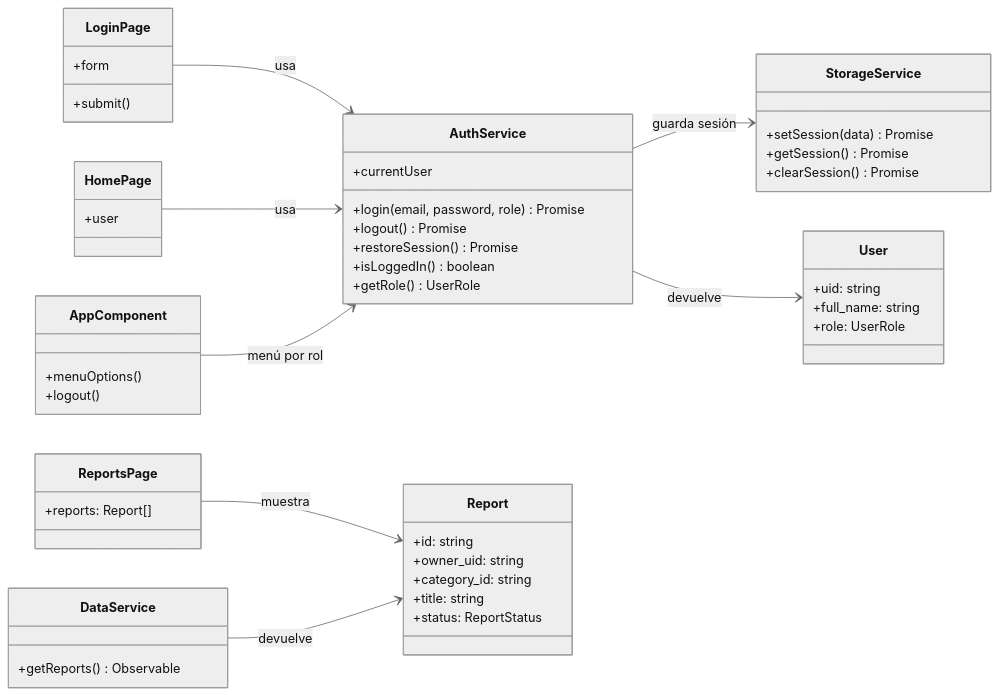
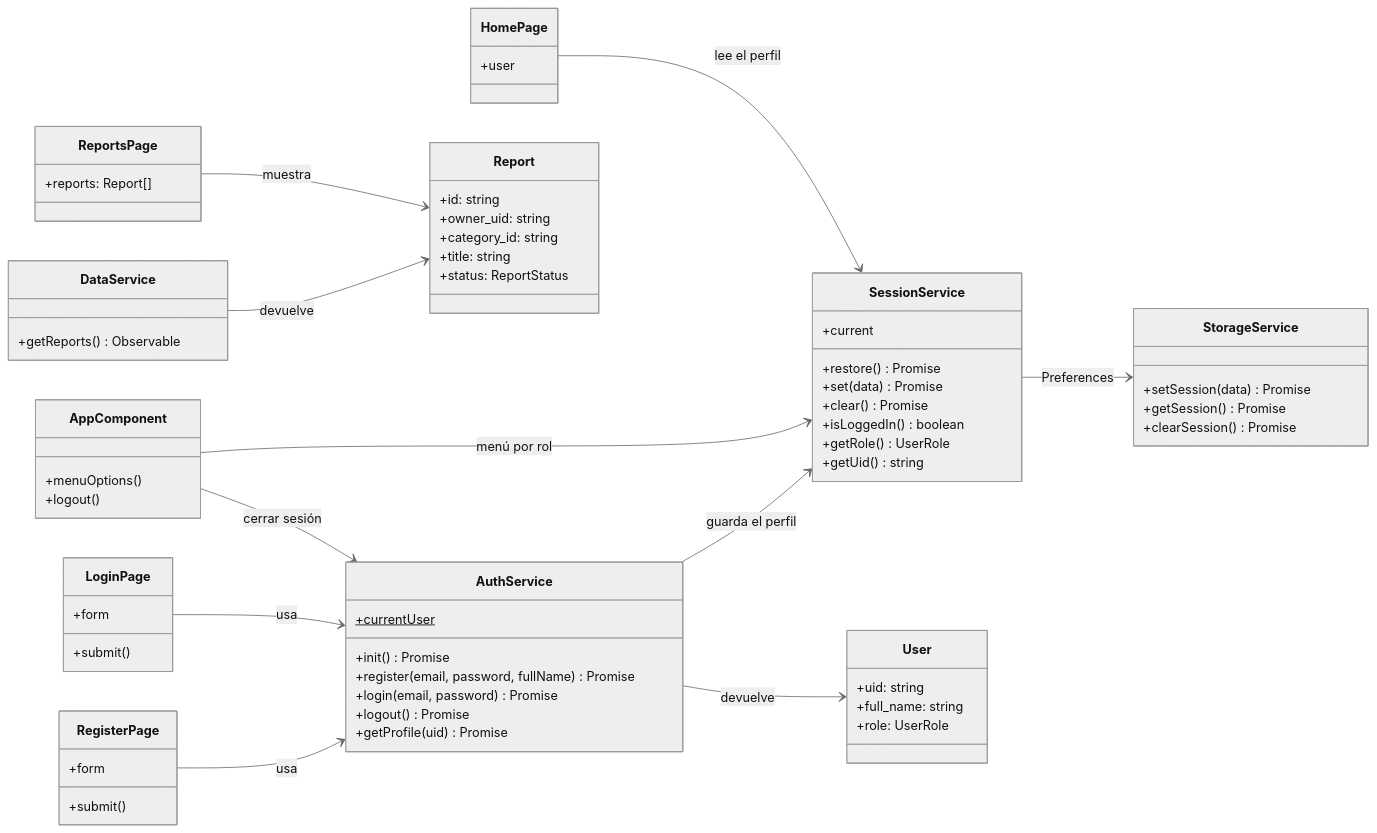
The first of 5 diagrams in docs/diagramas-app.md (Tucostefav/ciudad-activa), drawn with Mermaid (neutral theme) before and after one commit. The commit also changed other lines of this file and 24 other files, not shown here.

First line of the commit message:
feat: autenticacion con Firebase, perfil con rol y guards reales

````diff
--- a/docs/diagramas-app.md
+++ b/docs/diagramas-app.md
@@ -7,53 +7,69 @@
 ```mermaid
 classDiagram
   direction LR
   class LoginPage {
+    +form
+    +submit()
+  }
+  class RegisterPage {
     +form
     +submit()
   }
   class HomePage {
     +user
   }
   class ReportsPage {
     +reports: Report[]
   }
   class AppComponent {
     +menuOptions()
     +logout()
   }
   class AuthService {
-    +currentUser
-    +login(email, password, role) Promise
+    +currentUser$
+    +init() Promise
+    +register(email, password, fullName) Promise
+    +login(email, password) Promise
     +logout() Promise
-    +restoreSession() Promise
+    +getProfile(uid) Promise
+  }
+  class SessionService {
+    +current
+    +restore() Promise
+    +set(data) Promise
+    +clear() Promise
     +isLoggedIn() boolean
     +getRole() UserRole
+    +getUid() string
   }
   class StorageService {
     +setSession(data) Promise
     +getSession() Promise
     +clearSession() Promise
   }
   class DataService {
     +getReports() Observable
   }
   class Report {
     +id: string
     +owner_uid: string
     +category_id: string
     +title: string
     +status: ReportStatus
   }
   class User {
     +uid: string
     +full_name: string
     +role: UserRole
   }
   LoginPage --> AuthService : usa
-  HomePage --> AuthService : usa
-  AppComponent --> AuthService : menú por rol
+  RegisterPage --> AuthService : usa
+  HomePage --> SessionService : lee el perfil
+  AppComponent --> SessionService : menú por rol
+  AppComponent --> AuthService : cerrar sesión
   ReportsPage --> Report : muestra
-  AuthService --> StorageService : guarda sesión
+  AuthService --> SessionService : guarda el perfil
+  SessionService --> StorageService : Preferences
   AuthService --> User : devuelve
   DataService --> Report : devuelve
 ```
````
